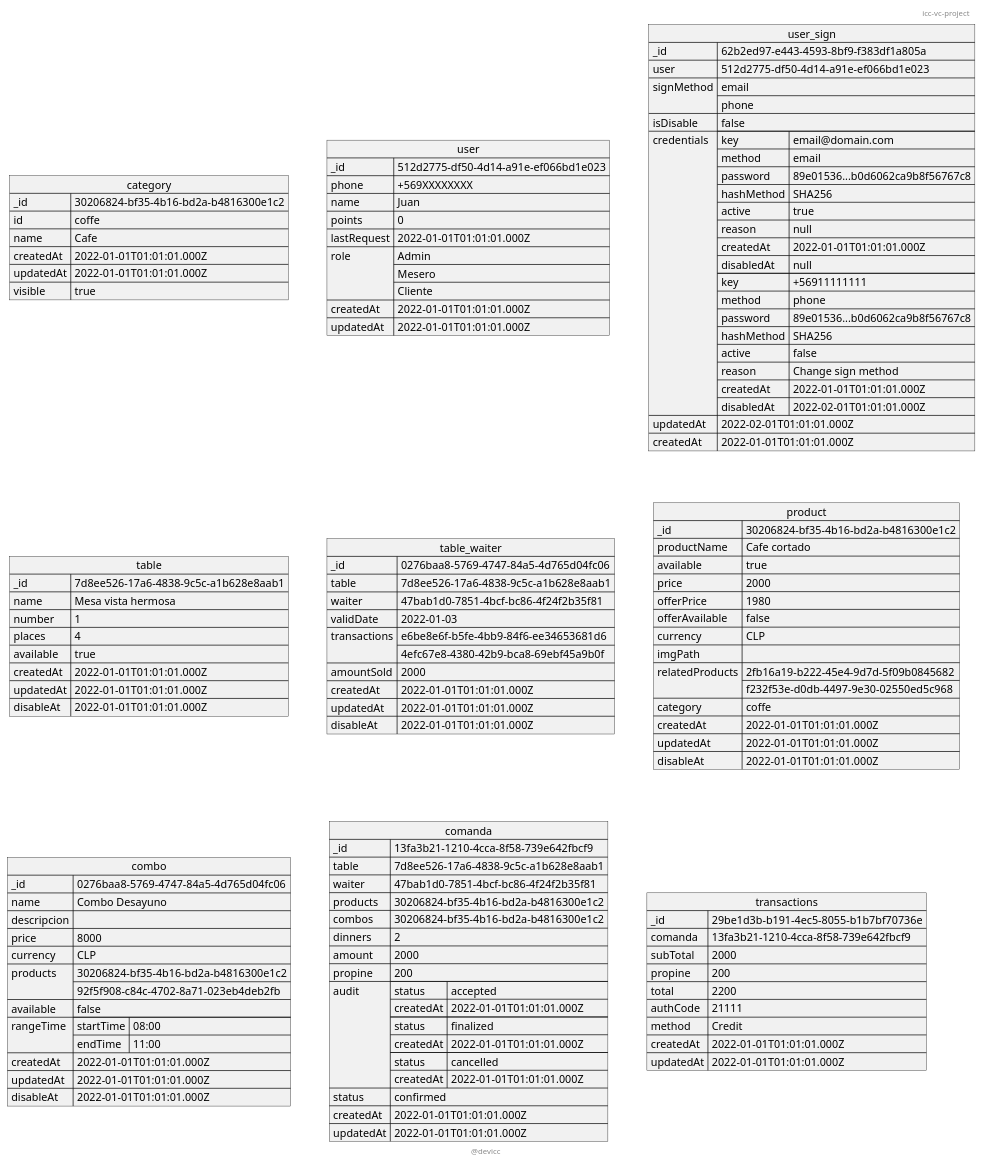
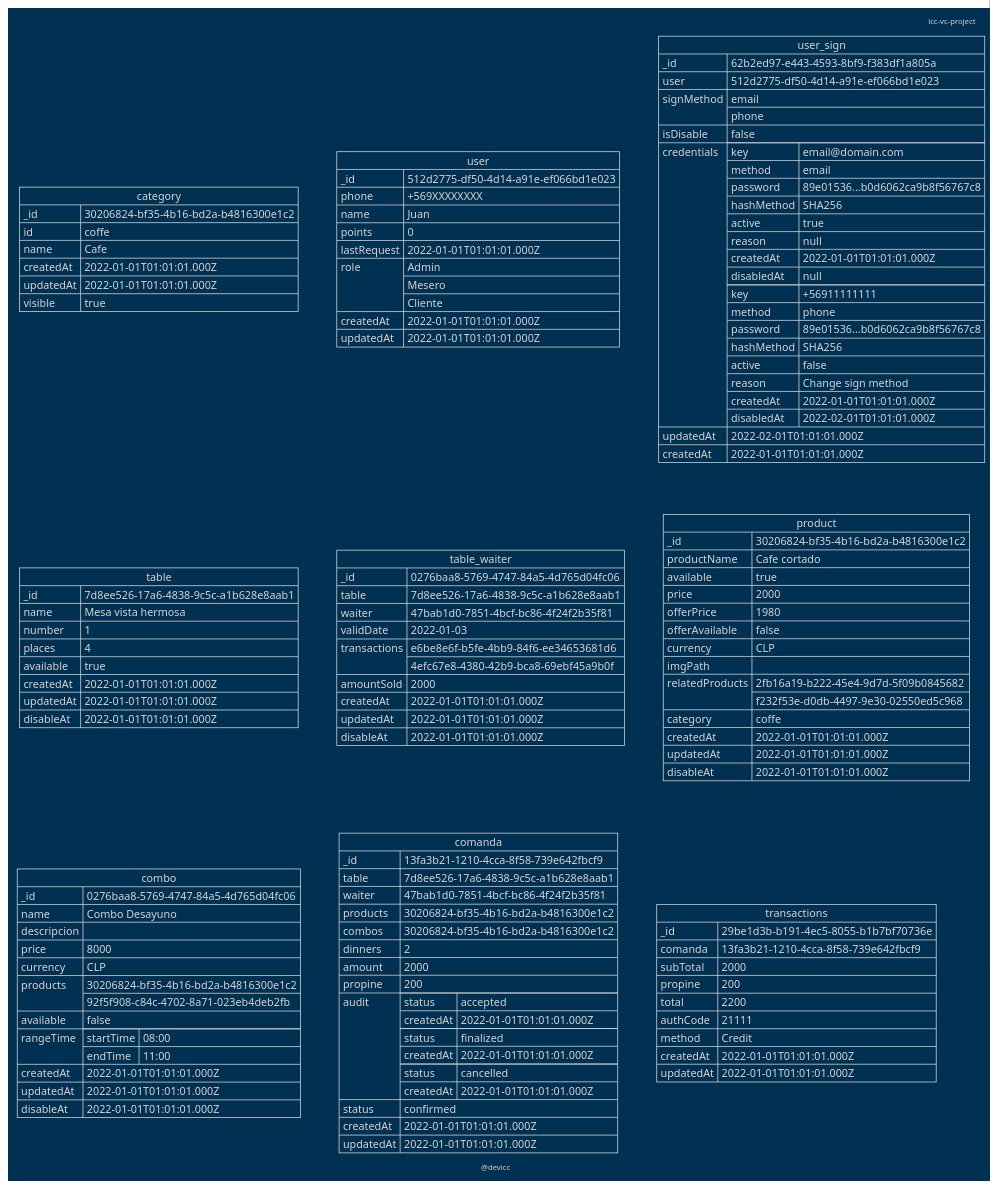
The diagram in plantuml/model.puml (icc-dev/vc-project-architecture), drawn with PlantUML before and after one commit.

Commit message:
create new model.puml

```diff
--- a/plantuml/model.puml
+++ b/plantuml/model.puml
@@ -1,142 +1,143 @@
-@startuml
+@startuml json
+!theme blueprint
 allowmixing
 json category {
     "_id": "30206824-bf35-4b16-bd2a-b4816300e1c2",
     "id": "coffe",
     "name": "Cafe",
     "createdAt": "2022-01-01T01:01:01.000Z",
     "updatedAt": "2022-01-01T01:01:01.000Z",
     "visible": true
 }
 json user {
     "_id":"512d2775-df50-4d14-a91e-ef066bd1e023",
     "phone": "+569XXXXXXXX",
     "name": "Juan",
     "points": 0,
     "lastRequest": "2022-01-01T01:01:01.000Z",
     "role": ["Admin", "Mesero", "Cliente"],
     "createdAt": "2022-01-01T01:01:01.000Z",
     "updatedAt": "2022-01-01T01:01:01.000Z"
 }
 json user_sign {
     "_id":"62b2ed97-e443-4593-8bf9-f383df1a805a",
     "user": "512d2775-df50-4d14-a91e-ef066bd1e023",
     "signMethod": ["email", "phone"],
     "isDisable": false,
     "credentials" : [
         {
             "key": "email@domain.com",
             "method": "email",
             "password": "89e01536...b0d6062ca9b8f56767c8",
             "hashMethod": "SHA256",
             "active": true,
             "reason": null,
             "createdAt": "2022-01-01T01:01:01.000Z",
             "disabledAt": null
         },
         {
             "key": "+56911111111",
             "method": "phone",
             "password": "89e01536...b0d6062ca9b8f56767c8",
             "hashMethod": "SHA256",
             "active": false,
             "reason": "Change sign method",
             "createdAt": "2022-01-01T01:01:01.000Z",
             "disabledAt": "2022-02-01T01:01:01.000Z"
         }
     ],
     "updatedAt": "2022-02-01T01:01:01.000Z",
     "createdAt": "2022-01-01T01:01:01.000Z"
 }
 json table {
     "_id": "7d8ee526-17a6-4838-9c5c-a1b628e8aab1",
     "name": "Mesa vista hermosa",
     "number": 1,
     "places": 4,
     "available": true,
     "createdAt": "2022-01-01T01:01:01.000Z",
     "updatedAt": "2022-01-01T01:01:01.000Z",
     "disableAt": "2022-01-01T01:01:01.000Z"
 }
 json table_waiter {
     "_id": "0276baa8-5769-4747-84a5-4d765d04fc06",
     "table": "7d8ee526-17a6-4838-9c5c-a1b628e8aab1",
     "waiter": "47bab1d0-7851-4bcf-bc86-4f24f2b35f81",
     "validDate": "2022-01-03",
     "transactions": ["e6be8e6f-b5fe-4bb9-84f6-ee34653681d6", "4efc67e8-4380-42b9-bca8-69ebf45a9b0f"],
     "amountSold": 2000,
     "createdAt": "2022-01-01T01:01:01.000Z",
     "updatedAt": "2022-01-01T01:01:01.000Z",
     "disableAt": "2022-01-01T01:01:01.000Z"
 }
 json product {
     "_id": "30206824-bf35-4b16-bd2a-b4816300e1c2",
     "productName": "Cafe cortado",
     "available": true,
     "price": 2000,
     "offerPrice": 1980,
     "offerAvailable": false,
     "currency": "CLP",
     "imgPath": "",
     "relatedProducts": ["2fb16a19-b222-45e4-9d7d-5f09b0845682", "f232f53e-d0db-4497-9e30-02550ed5c968"],
     "category": ["coffe"],
     "createdAt": "2022-01-01T01:01:01.000Z",
     "updatedAt": "2022-01-01T01:01:01.000Z",
     "disableAt": "2022-01-01T01:01:01.000Z"
 }
 json combo {
     "_id": "0276baa8-5769-4747-84a5-4d765d04fc06",
     "name": "Combo Desayuno",
     "descripcion": "",
     "price": 8000,
     "currency": "CLP",
     "products": ["30206824-bf35-4b16-bd2a-b4816300e1c2", "92f5f908-c84c-4702-8a71-023eb4deb2fb"],
     "available": false,
     "rangeTime": [
         {"startTime": "08:00", "endTime": "11:00"}
     ],
     "createdAt": "2022-01-01T01:01:01.000Z",
     "updatedAt": "2022-01-01T01:01:01.000Z",
     "disableAt": "2022-01-01T01:01:01.000Z"
 }
 json comanda {
     "_id": "13fa3b21-1210-4cca-8f58-739e642fbcf9",
     "table": "7d8ee526-17a6-4838-9c5c-a1b628e8aab1",
     "waiter": "47bab1d0-7851-4bcf-bc86-4f24f2b35f81",
     "products": ["30206824-bf35-4b16-bd2a-b4816300e1c2"],
     "combos": ["30206824-bf35-4b16-bd2a-b4816300e1c2"],
     "dinners": 2,
     "amount": 2000,
     "propine": 200,
     "audit": [
         {
             "status": "accepted",
             "createdAt": "2022-01-01T01:01:01.000Z"
         },
         {
             "status": "finalized",
             "createdAt": "2022-01-01T01:01:01.000Z"
         },
         {
             "status": "cancelled",
             "createdAt": "2022-01-01T01:01:01.000Z"
         }
     ],
     "status": "confirmed",
     "createdAt": "2022-01-01T01:01:01.000Z",
     "updatedAt": "2022-01-01T01:01:01.000Z"
 }
 json transactions {
     "_id": "29be1d3b-b191-4ec5-8055-b1b7bf70736e",
     "comanda": "13fa3b21-1210-4cca-8f58-739e642fbcf9",
     "subTotal": 2000,
     "propine": 200,
     "total": 2200,
     "authCode": 21111,
     "method": "Credit",
     "createdAt": "2022-01-01T01:01:01.000Z",
     "updatedAt": "2022-01-01T01:01:01.000Z"
 }
 footer @devicc
 header icc-vc-project
 @enduml
```
